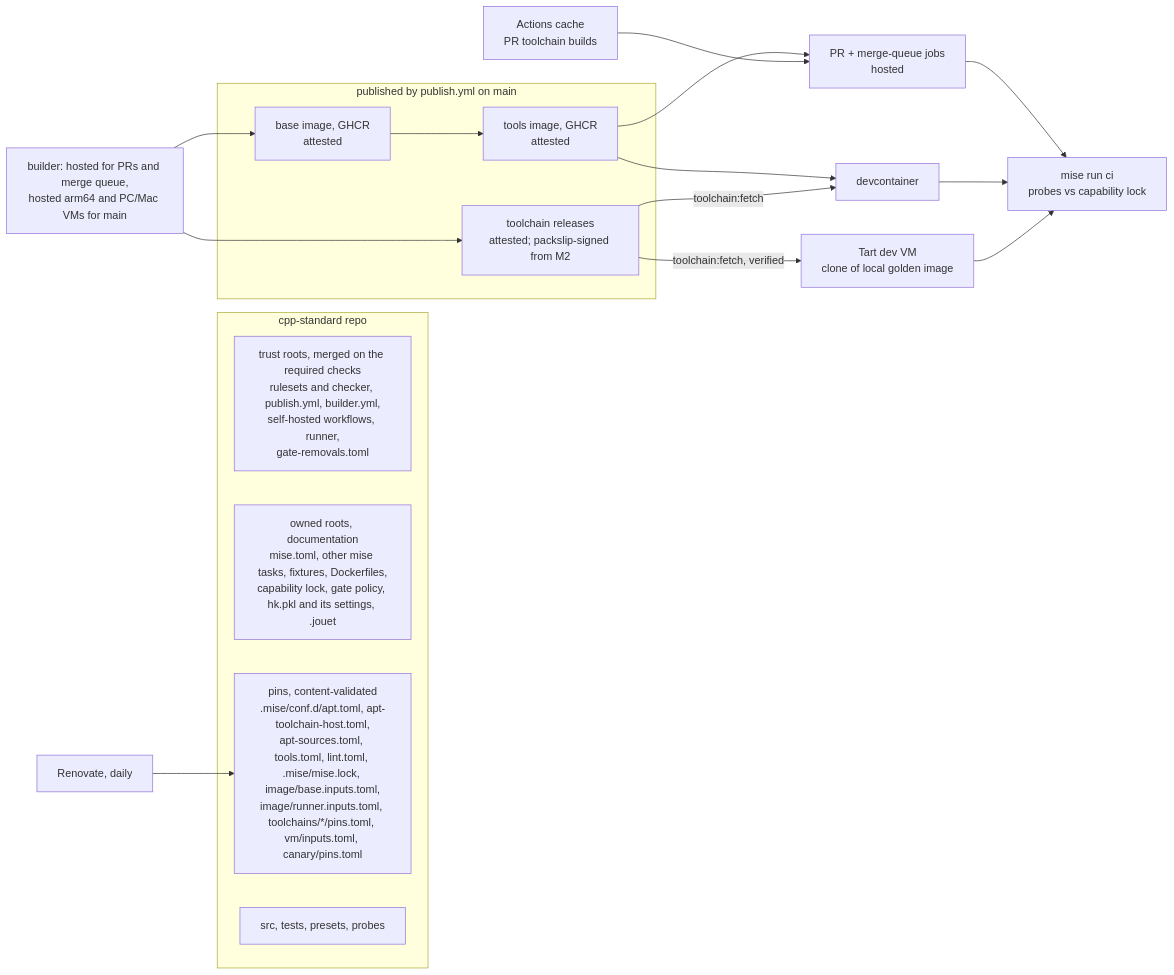
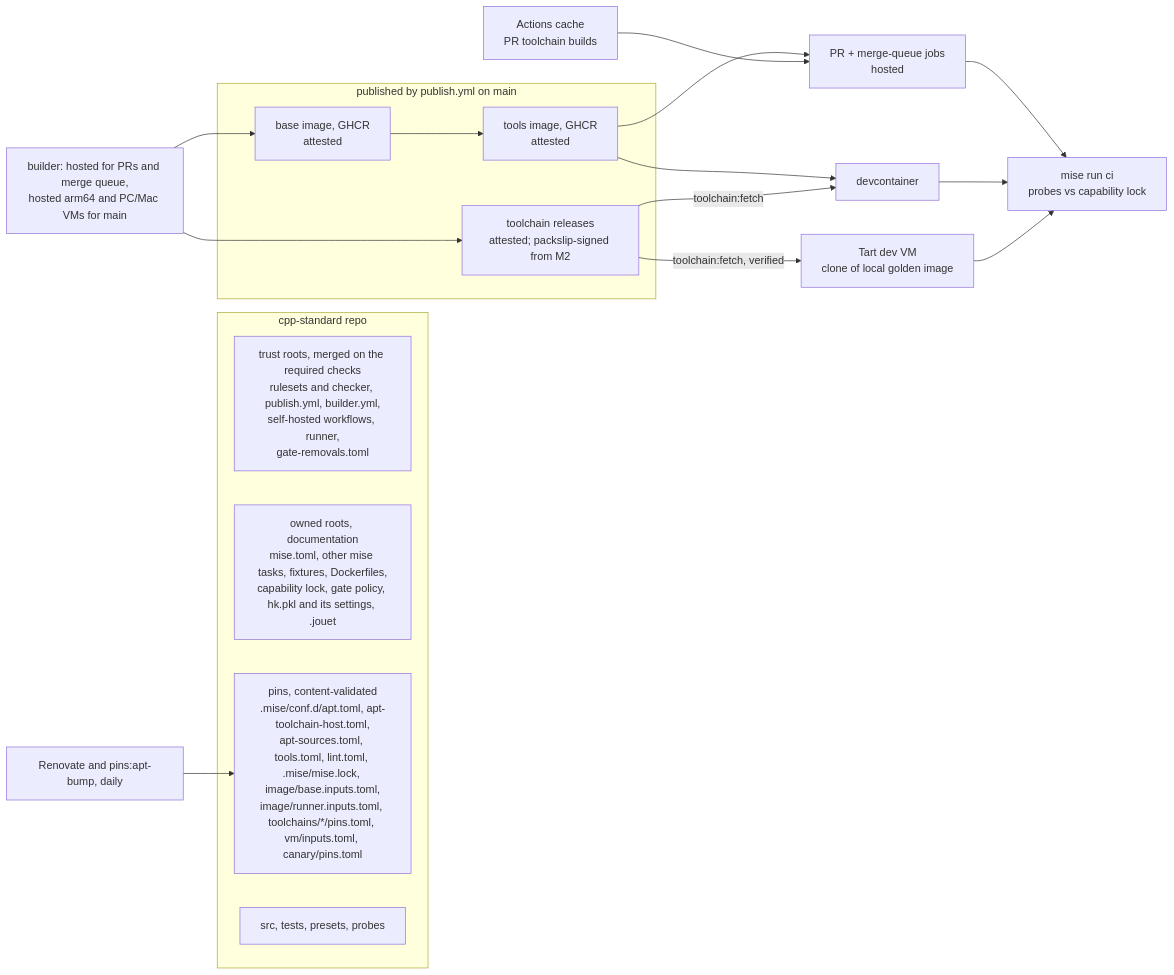
The first of 2 diagrams in docs/designs/environment-standard.md (ray-manaloto/cpp-standard), drawn with Mermaid before and after one commit. The commit also changed other lines of this file and 40 other files, not shown here.

````diff
--- a/docs/designs/environment-standard.md
+++ b/docs/designs/environment-standard.md
@@ -375,26 +377,26 @@
 ```mermaid
 flowchart LR
   subgraph repo[cpp-standard repo]
     TRUST[trust roots, merged on the required checks<br/>rulesets and checker, publish.yml, builder.yml,<br/>self-hosted workflows, runner,<br/>gate-removals.toml]
     OWN[owned roots, documentation<br/>mise.toml, other mise tasks, fixtures, Dockerfiles,<br/>capability lock, gate policy, hk.pkl and its settings, .jouet]
     PINS[pins, content-validated<br/>.mise/conf.d/apt.toml, apt-toolchain-host.toml,<br/>apt-sources.toml, tools.toml, lint.toml, .mise/mise.lock, image/base.inputs.toml,<br/>image/runner.inputs.toml, toolchains/*/pins.toml, vm/inputs.toml, canary/pins.toml]
     CODE[src, tests, presets, probes]
   end
   subgraph out[published by publish.yml on main]
     TA[toolchain releases<br/>attested; packslip-signed from M2]
     BASE[base image, GHCR<br/>attested]
     TOOLS[tools image, GHCR<br/>attested]
   end
   BUILDER[builder: hosted for PRs and merge queue,<br/>hosted arm64 and PC/Mac VMs for main] --> TA
   BUILDER --> BASE --> TOOLS
   TOOLS --> JOB[PR + merge-queue jobs<br/>hosted]
   CACHE[Actions cache<br/>PR toolchain builds] --> JOB
   TA -->|toolchain:fetch, verified| VM
   TOOLS --> DC[devcontainer]
   TA -->|toolchain:fetch| DC
   VM[Tart dev VM<br/>clone of local golden image]
   JOB --> CI[mise run ci<br/>probes vs capability lock]
   DC --> CI
   VM --> CI
-  REN[Renovate, daily] --> PINS
+  REN[Renovate and pins:apt-bump, daily] --> PINS
 ```
````
